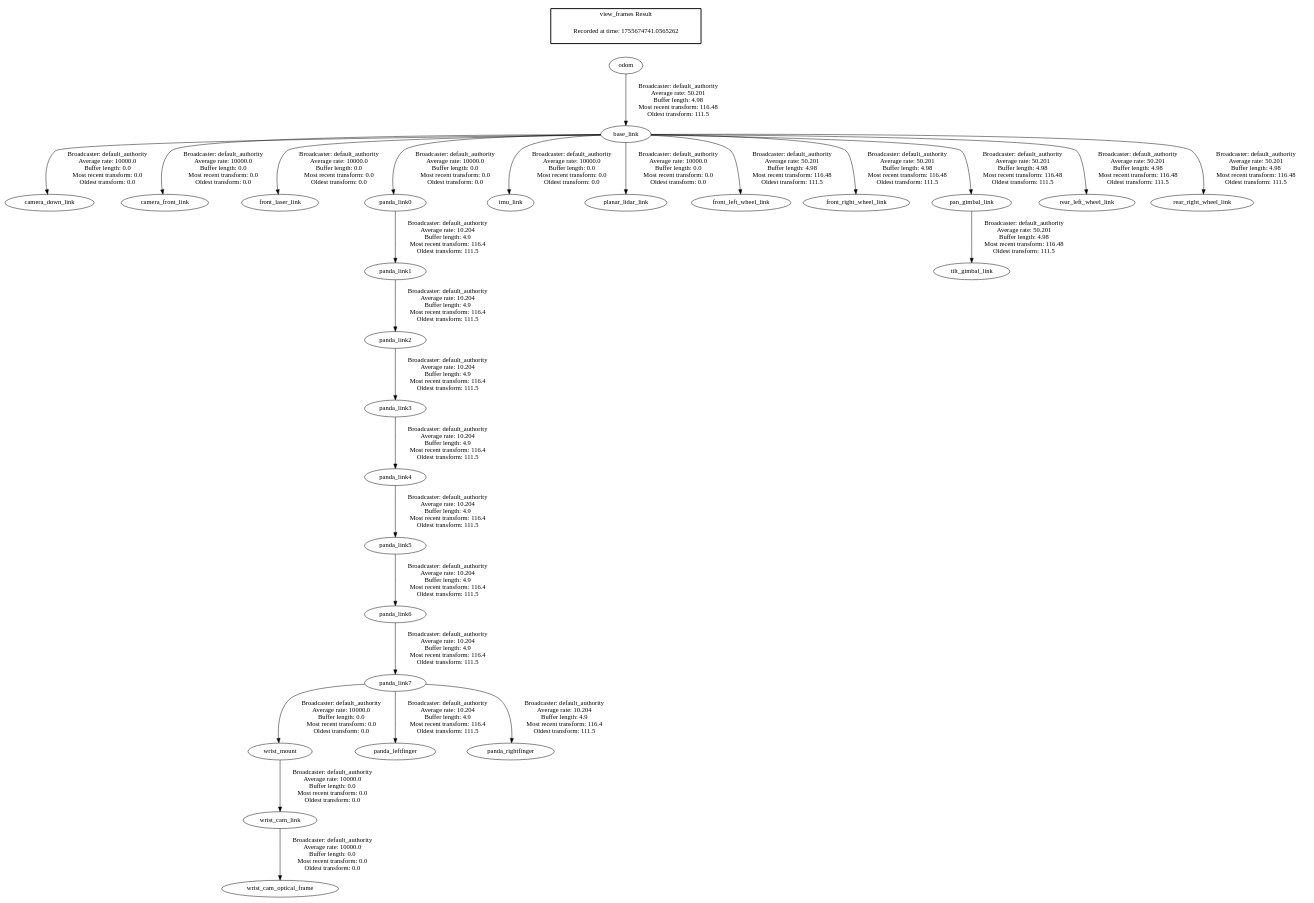
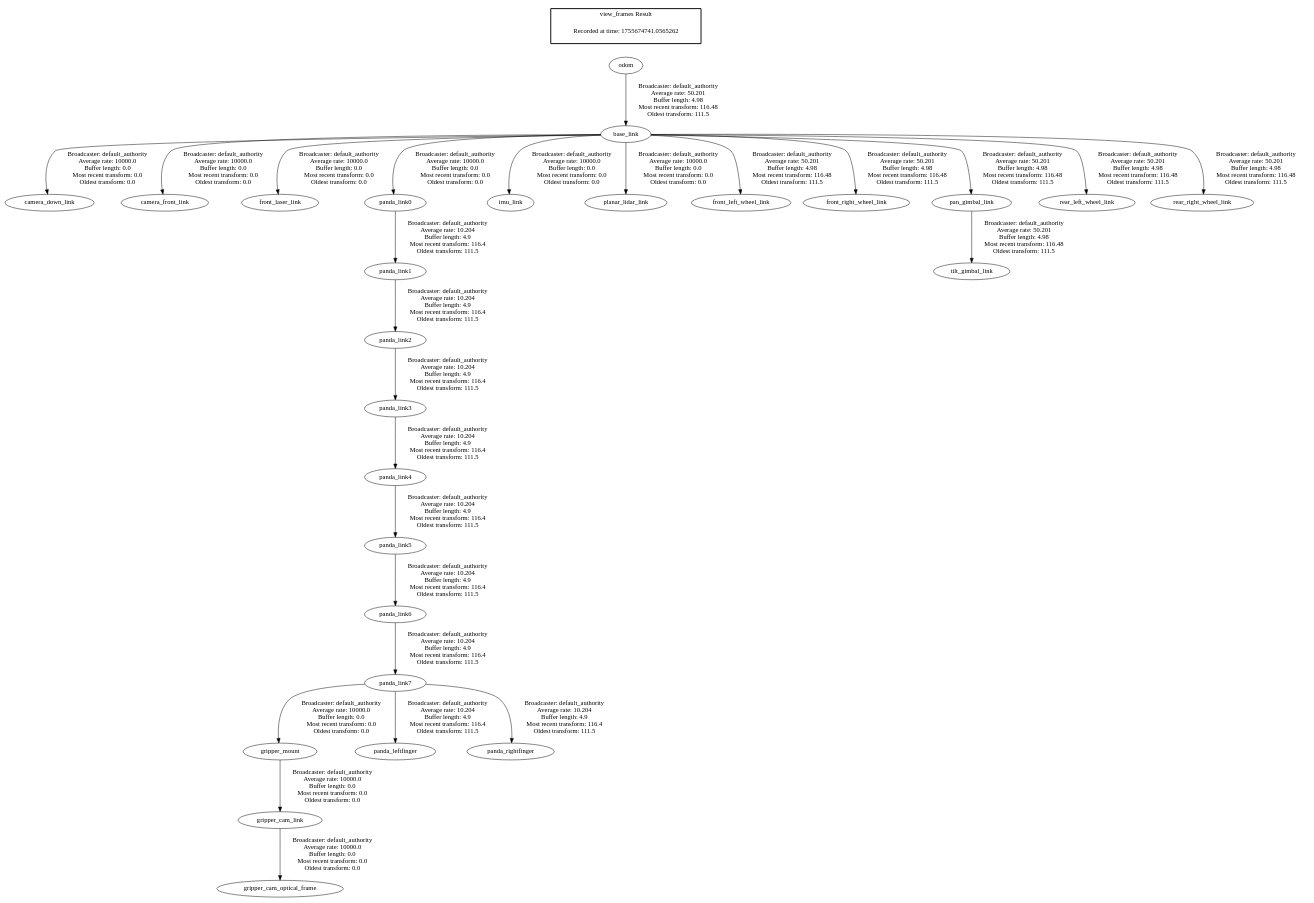
The diagram in debug_files/frames_2025-08-20_09.25.41.gv (skarthikbe96/panda_mounted_husky_sim), drawn with Graphviz before and after one commit. The commit also changed 26 other files, not shown here.

```diff
--- a/debug_files/frames_2025-08-20_09.25.41.gv
+++ b/debug_files/frames_2025-08-20_09.25.41.gv
@@ -1,31 +1,31 @@
 digraph G {
 "base_link" -> "camera_down_link"[label=" Broadcaster: default_authority\nAverage rate: 10000.0\nBuffer length: 0.0\nMost recent transform: 0.0\nOldest transform: 0.0\n"];
 "odom" -> "base_link"[label=" Broadcaster: default_authority\nAverage rate: 50.201\nBuffer length: 4.98\nMost recent transform: 116.48\nOldest transform: 111.5\n"];
 "base_link" -> "camera_front_link"[label=" Broadcaster: default_authority\nAverage rate: 10000.0\nBuffer length: 0.0\nMost recent transform: 0.0\nOldest transform: 0.0\n"];
 "base_link" -> "front_laser_link"[label=" Broadcaster: default_authority\nAverage rate: 10000.0\nBuffer length: 0.0\nMost recent transform: 0.0\nOldest transform: 0.0\n"];
 "base_link" -> "panda_link0"[label=" Broadcaster: default_authority\nAverage rate: 10000.0\nBuffer length: 0.0\nMost recent transform: 0.0\nOldest transform: 0.0\n"];
 "base_link" -> "imu_link"[label=" Broadcaster: default_authority\nAverage rate: 10000.0\nBuffer length: 0.0\nMost recent transform: 0.0\nOldest transform: 0.0\n"];
-"panda_link7" -> "wrist_mount"[label=" Broadcaster: default_authority\nAverage rate: 10000.0\nBuffer length: 0.0\nMost recent transform: 0.0\nOldest transform: 0.0\n"];
+"panda_link7" -> "gripper_mount"[label=" Broadcaster: default_authority\nAverage rate: 10000.0\nBuffer length: 0.0\nMost recent transform: 0.0\nOldest transform: 0.0\n"];
 "panda_link6" -> "panda_link7"[label=" Broadcaster: default_authority\nAverage rate: 10.204\nBuffer length: 4.9\nMost recent transform: 116.4\nOldest transform: 111.5\n"];
 "base_link" -> "planar_lidar_link"[label=" Broadcaster: default_authority\nAverage rate: 10000.0\nBuffer length: 0.0\nMost recent transform: 0.0\nOldest transform: 0.0\n"];
-"wrist_mount" -> "wrist_cam_link"[label=" Broadcaster: default_authority\nAverage rate: 10000.0\nBuffer length: 0.0\nMost recent transform: 0.0\nOldest transform: 0.0\n"];
-"wrist_cam_link" -> "wrist_cam_optical_frame"[label=" Broadcaster: default_authority\nAverage rate: 10000.0\nBuffer length: 0.0\nMost recent transform: 0.0\nOldest transform: 0.0\n"];
+"gripper_mount" -> "gripper_cam_link"[label=" Broadcaster: default_authority\nAverage rate: 10000.0\nBuffer length: 0.0\nMost recent transform: 0.0\nOldest transform: 0.0\n"];
+"gripper_cam_link" -> "gripper_cam_optical_frame"[label=" Broadcaster: default_authority\nAverage rate: 10000.0\nBuffer length: 0.0\nMost recent transform: 0.0\nOldest transform: 0.0\n"];
 "base_link" -> "front_left_wheel_link"[label=" Broadcaster: default_authority\nAverage rate: 50.201\nBuffer length: 4.98\nMost recent transform: 116.48\nOldest transform: 111.5\n"];
 "base_link" -> "front_right_wheel_link"[label=" Broadcaster: default_authority\nAverage rate: 50.201\nBuffer length: 4.98\nMost recent transform: 116.48\nOldest transform: 111.5\n"];
 "base_link" -> "pan_gimbal_link"[label=" Broadcaster: default_authority\nAverage rate: 50.201\nBuffer length: 4.98\nMost recent transform: 116.48\nOldest transform: 111.5\n"];
 "panda_link7" -> "panda_leftfinger"[label=" Broadcaster: default_authority\nAverage rate: 10.204\nBuffer length: 4.9\nMost recent transform: 116.4\nOldest transform: 111.5\n"];
 "panda_link7" -> "panda_rightfinger"[label=" Broadcaster: default_authority\nAverage rate: 10.204\nBuffer length: 4.9\nMost recent transform: 116.4\nOldest transform: 111.5\n"];
 "panda_link0" -> "panda_link1"[label=" Broadcaster: default_authority\nAverage rate: 10.204\nBuffer length: 4.9\nMost recent transform: 116.4\nOldest transform: 111.5\n"];
 "panda_link1" -> "panda_link2"[label=" Broadcaster: default_authority\nAverage rate: 10.204\nBuffer length: 4.9\nMost recent transform: 116.4\nOldest transform: 111.5\n"];
 "panda_link2" -> "panda_link3"[label=" Broadcaster: default_authority\nAverage rate: 10.204\nBuffer length: 4.9\nMost recent transform: 116.4\nOldest transform: 111.5\n"];
 "panda_link3" -> "panda_link4"[label=" Broadcaster: default_authority\nAverage rate: 10.204\nBuffer length: 4.9\nMost recent transform: 116.4\nOldest transform: 111.5\n"];
 "panda_link4" -> "panda_link5"[label=" Broadcaster: default_authority\nAverage rate: 10.204\nBuffer length: 4.9\nMost recent transform: 116.4\nOldest transform: 111.5\n"];
 "panda_link5" -> "panda_link6"[label=" Broadcaster: default_authority\nAverage rate: 10.204\nBuffer length: 4.9\nMost recent transform: 116.4\nOldest transform: 111.5\n"];
 "base_link" -> "rear_left_wheel_link"[label=" Broadcaster: default_authority\nAverage rate: 50.201\nBuffer length: 4.98\nMost recent transform: 116.48\nOldest transform: 111.5\n"];
 "base_link" -> "rear_right_wheel_link"[label=" Broadcaster: default_authority\nAverage rate: 50.201\nBuffer length: 4.98\nMost recent transform: 116.48\nOldest transform: 111.5\n"];
 "pan_gimbal_link" -> "tilt_gimbal_link"[label=" Broadcaster: default_authority\nAverage rate: 50.201\nBuffer length: 4.98\nMost recent transform: 116.48\nOldest transform: 111.5\n"];
 edge [style=invis];
  subgraph cluster_legend { style=bold; color=black; label ="view_frames Result";
 "Recorded at time: 1755674741.0565262"[ shape=plaintext ] ;
 }->"odom";
 }
```
